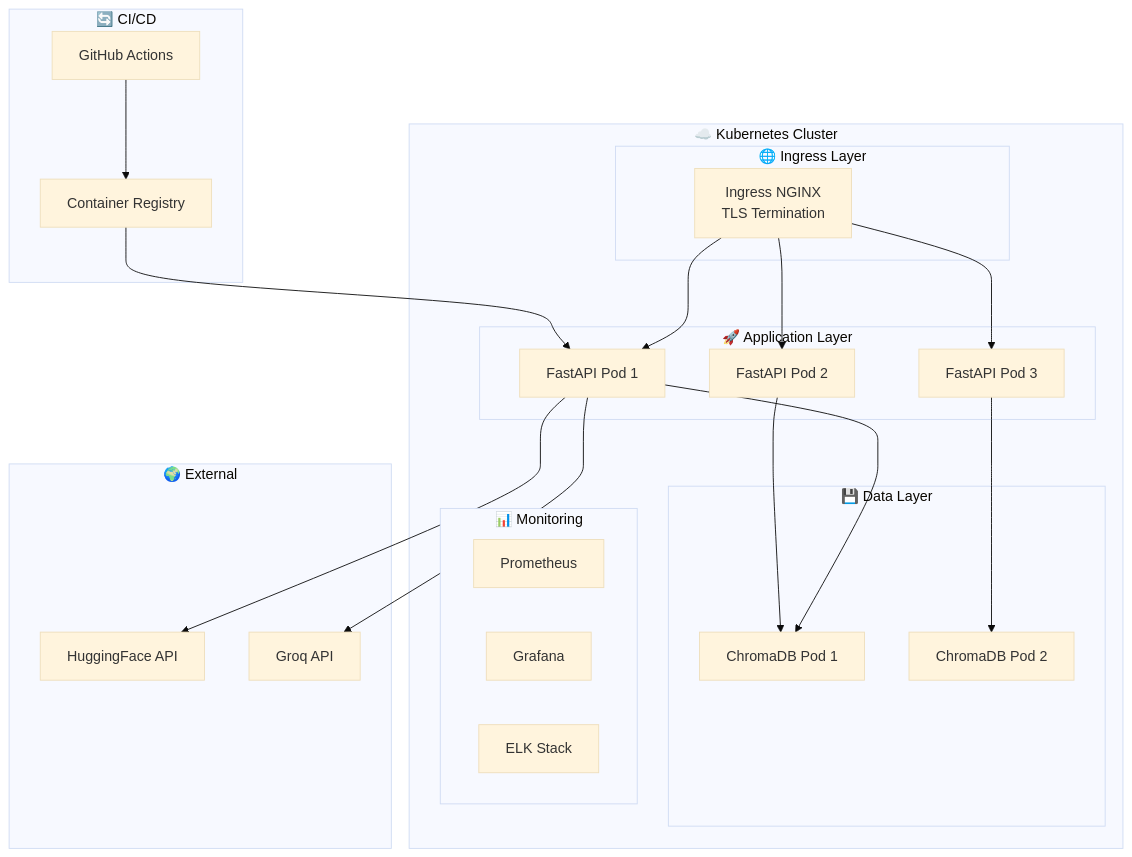
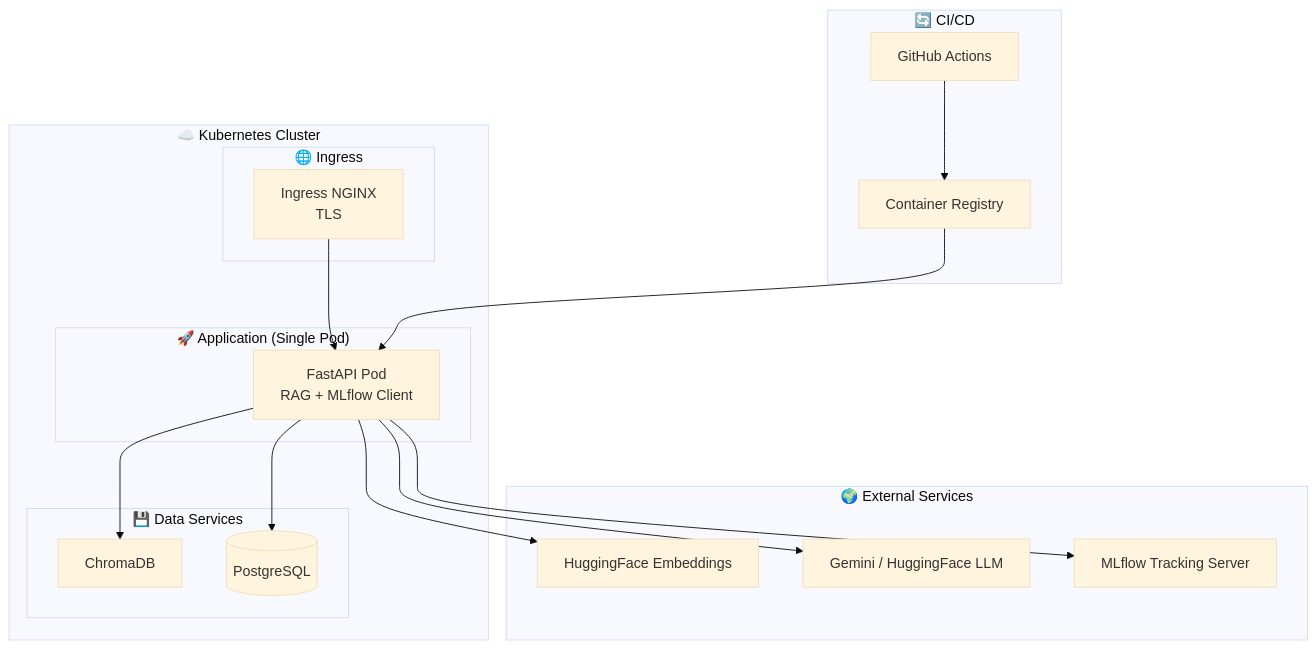
One commit to khadija199904/Smartops-RAG-IT-Support changed the diagram in README.md. Above: the diagram before and after it, drawn with Mermaid (base theme). The commit also changed other lines of this file and 1 other file, not shown here.

````diff
--- a/README.md
+++ b/README.md
@@ -68,51 +57,39 @@
 ```mermaid
 graph TB
     subgraph "☁️ Kubernetes Cluster"
-        subgraph "🌐 Ingress Layer"
-            INGRESS[Ingress NGINX<br/>TLS Termination]
+        subgraph "🌐 Ingress"
+            INGRESS[Ingress NGINX<br/>TLS]
         end
         
-        subgraph "🚀 Application Layer"
-            API1[FastAPI Pod 1]
-            API2[FastAPI Pod 2]
-            API3[FastAPI Pod 3]
+        subgraph "🚀 Application (Single Pod)"
+            API[FastAPI Pod<br/>RAG + MLflow Client]
         end
         
-        subgraph "💾 Data Layer"
-            CHROMA1[ChromaDB Pod 1]
-            CHROMA2[ChromaDB Pod 2]
-        end
-        
-        subgraph "📊 Monitoring"
-            PROMETHEUS[Prometheus]
-            GRAFANA[Grafana]
-            ELK[ELK Stack]
+        subgraph "💾 Data Services"
+            CHROMA[ChromaDB]
+            POSTGRES[(PostgreSQL)]
         end
     end
-    
+
     subgraph "🔄 CI/CD"
         GH[GitHub Actions]
         REGISTRY[Container Registry]
     end
-    
-    subgraph "🌍 External"
-        HF[HuggingFace API]
-        GROQ[Groq API]
+
+    subgraph "🌍 External Services"
+        HF[HuggingFace Embeddings]
+        LLM[Gemini / HuggingFace LLM]
+        MLFLOW[MLflow Tracking Server]
     end
-    
-    INGRESS --> API1
-    INGRESS --> API2
-    INGRESS --> API3
-    
-    API1 --> CHROMA1
-    API2 --> CHROMA1
-    API3 --> CHROMA2
-    
-    API1 --> HF
-    API1 --> GROQ
-    
+
+    INGRESS --> API
+
+    API --> CHROMA
+    API --> POSTGRES
+    API --> HF
+    API --> LLM
+    API --> MLFLOW
+
     GH --> REGISTRY
-    REGISTRY --> API1
-    
-    
+    REGISTRY --> API
 ```
````
